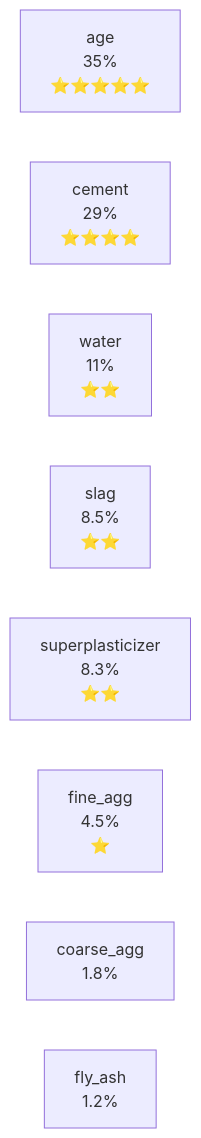
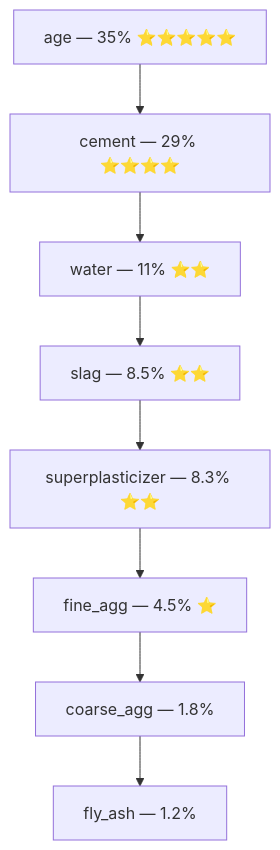
The second of 2 diagrams in docs/fiches/10_interpretabilite.md (arnvudl/Concrete_Compressive_Strength), drawn with Mermaid before and after one commit. The commit also changed 10 other files, not shown here.

````diff
--- a/docs/fiches/10_interpretabilite.md
+++ b/docs/fiches/10_interpretabilite.md
@@ -71,11 +71,13 @@
 ```mermaid
-graph LR
-    AGE["age\n35%\n⭐⭐⭐⭐⭐"] 
-    CEM["cement\n29%\n⭐⭐⭐⭐"]
-    WAT["water\n11%\n⭐⭐"]
-    SLA["slag\n8.5%\n⭐⭐"]
-    SP["superplasticizer\n8.3%\n⭐⭐"]
-    FIN["fine_agg\n4.5%\n⭐"]
-    COA["coarse_agg\n1.8%\n"]
-    FLY["fly_ash\n1.2%\n"]
+graph TD
+    AGE["age — 35% ⭐⭐⭐⭐⭐"]
+    CEM["cement — 29% ⭐⭐⭐⭐"]
+    WAT["water — 11% ⭐⭐"]
+    SLA["slag — 8.5% ⭐⭐"]
+    SP["superplasticizer — 8.3% ⭐⭐"]
+    FIN["fine_agg — 4.5% ⭐"]
+    COA["coarse_agg — 1.8%"]
+    FLY["fly_ash — 1.2%"]
+
+    AGE --> CEM --> WAT --> SLA --> SP --> FIN --> COA --> FLY
 ```
````
